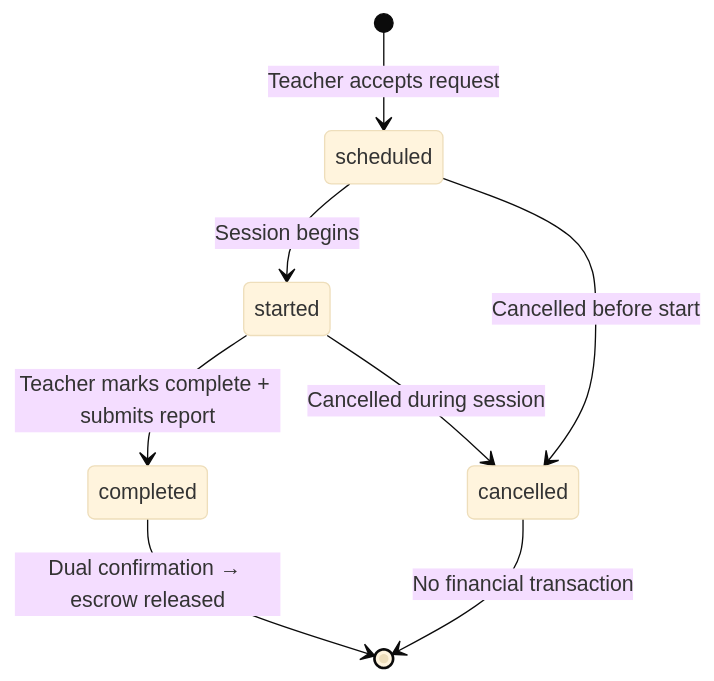
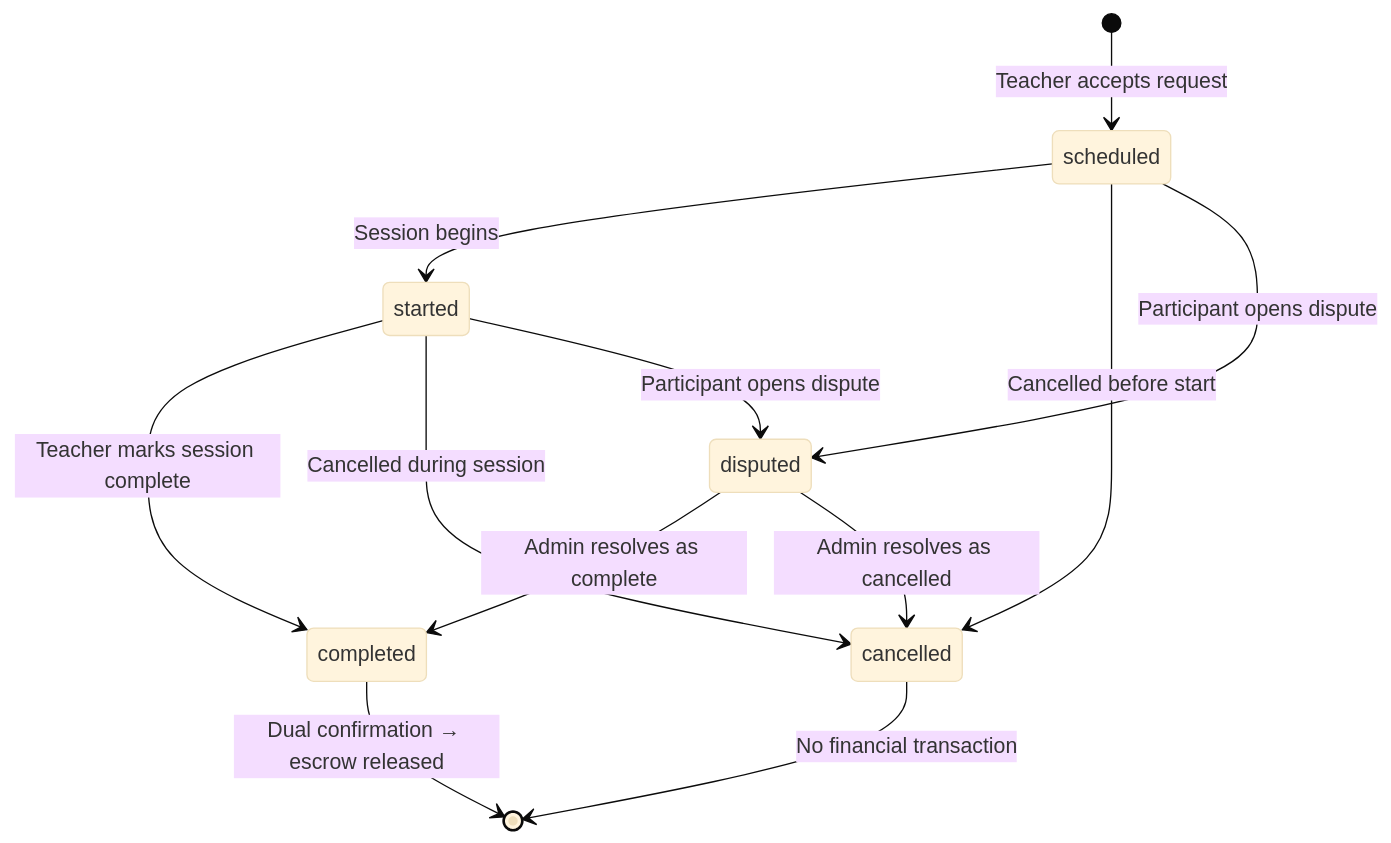
One commit to kottaby/kottaby changed the first of 4 diagrams in docs/specs/state-machine-invariants.md. Above: the diagram before and after it, drawn with Mermaid (base theme). The commit also changed other lines of this file and 5 other files, not shown here.

Commit message:
feat: add Disputed state to session lifecycle and update test suite stability with scoped repository filtering

````diff
--- a/docs/specs/state-machine-invariants.md
+++ b/docs/specs/state-machine-invariants.md
@@ -23,10 +24,14 @@
 ```mermaid
 stateDiagram-v2
     [*] --> scheduled: Teacher accepts request
     scheduled --> started: Session begins
     scheduled --> cancelled: Cancelled before start
-    started --> completed: Teacher marks complete + submits report
+    scheduled --> disputed: Participant opens dispute
+    started --> completed: Teacher marks session complete
     started --> cancelled: Cancelled during session
+    started --> disputed: Participant opens dispute
+    disputed --> completed: Admin resolves as complete
+    disputed --> cancelled: Admin resolves as cancelled
     completed --> [*]: Dual confirmation → escrow released
     cancelled --> [*]: No financial transaction
 ```
````
